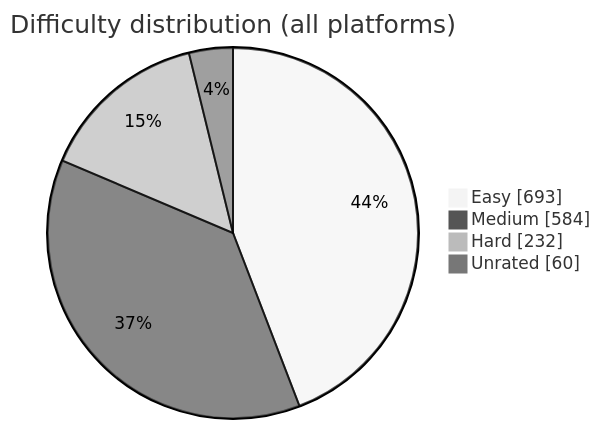
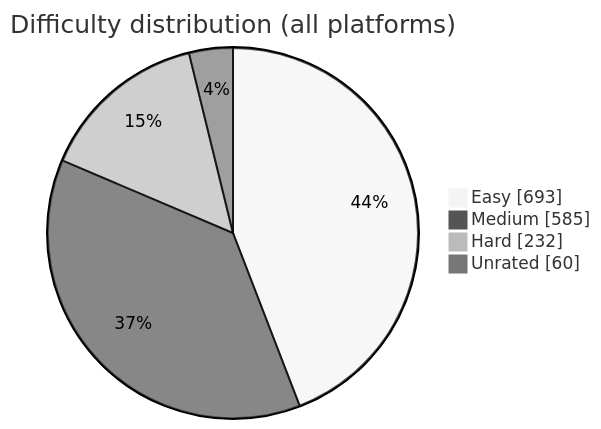
Before and after one commit to BuildbyArindam/Daily-Coding-Log: the diagram in README.md, drawn with Mermaid (neutral theme). The commit also changed other lines of this file, not shown here.

````diff
--- a/README.md
+++ b/README.md
@@ -93,7 +93,7 @@
 ```mermaid
 pie showData title Difficulty distribution (all platforms)
     "Easy" : 693
-    "Medium" : 584
+    "Medium" : 585
     "Hard" : 232
     "Unrated" : 60
 ```
````
